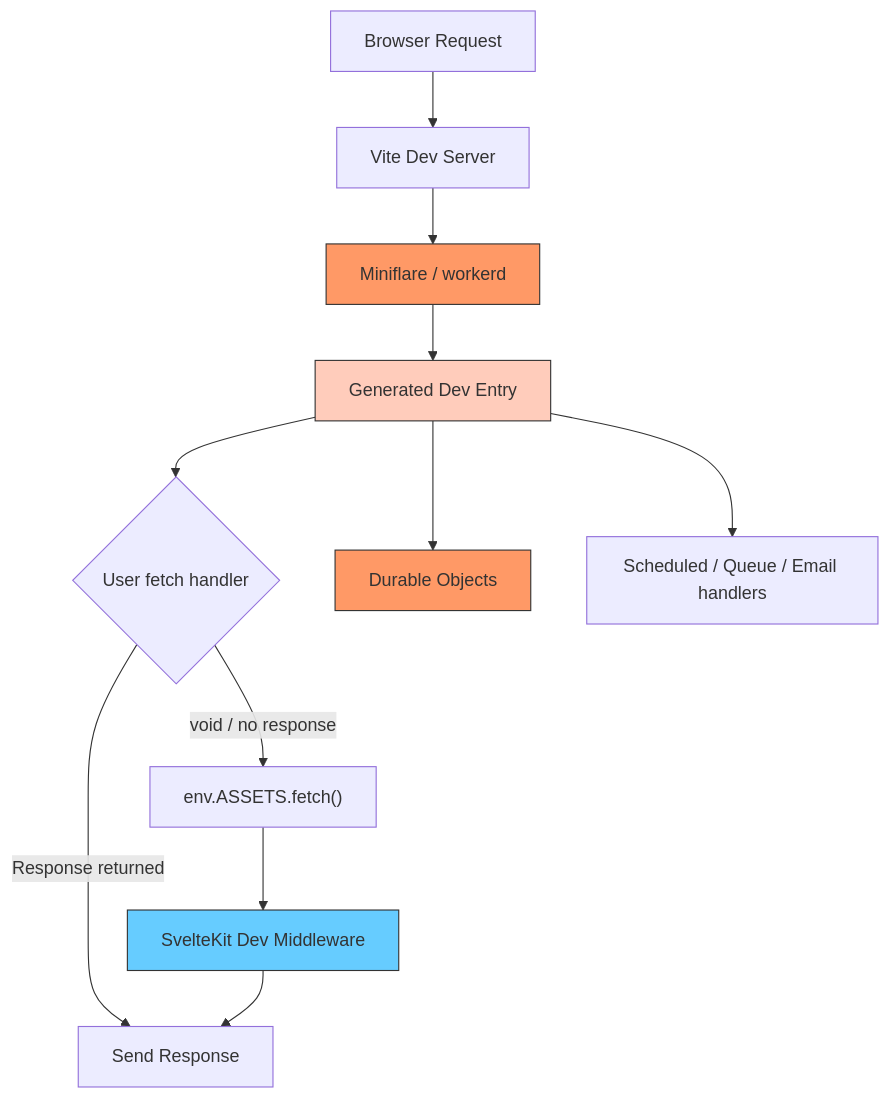
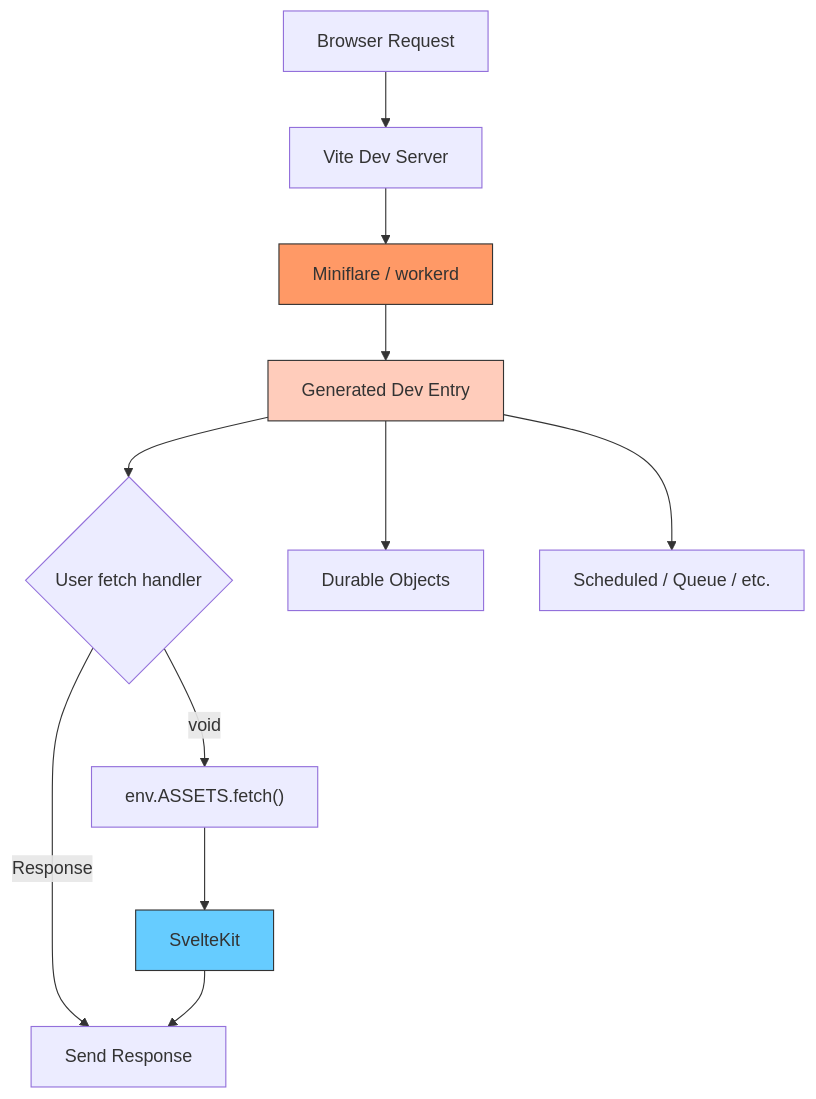
The first of 2 diagrams in README.md (beynar/sveltekit-cloudflare-worker), drawn with Mermaid before and after one commit. The commit also changed other lines of this file and 7 other files, not shown here.

````diff
--- a/README.md
+++ b/README.md
@@ -65,19 +160,18 @@
 ```mermaid
 flowchart TD
     A[Browser Request] --> B[Vite Dev Server]
     B --> C[Miniflare / workerd]
     C --> D[Generated Dev Entry]
     D --> E{User fetch handler}
-    E -->|Response returned| F[Send Response]
-    E -->|void / no response| G["env.ASSETS.fetch()"]
-    G --> H[SvelteKit Dev Middleware]
+    E -->|Response| F[Send Response]
+    E -->|void| G["env.ASSETS.fetch()"]
+    G --> H[SvelteKit]
     H --> F
 
     D --> I[Durable Objects]
-    D --> J[Scheduled / Queue / Email handlers]
+    D --> J[Scheduled / Queue / etc.]
 
     style C fill:#f96,stroke:#333
     style D fill:#fcb,stroke:#333
     style H fill:#6cf,stroke:#333
-    style I fill:#f96,stroke:#333
 ```
````
